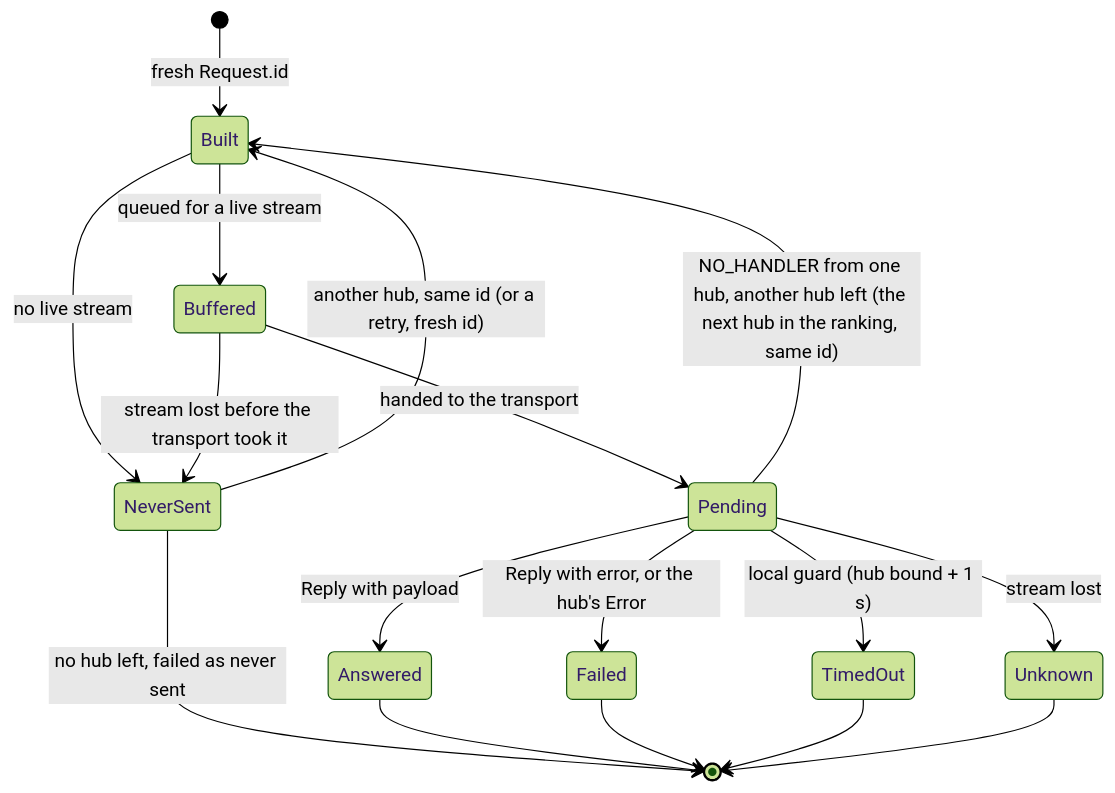
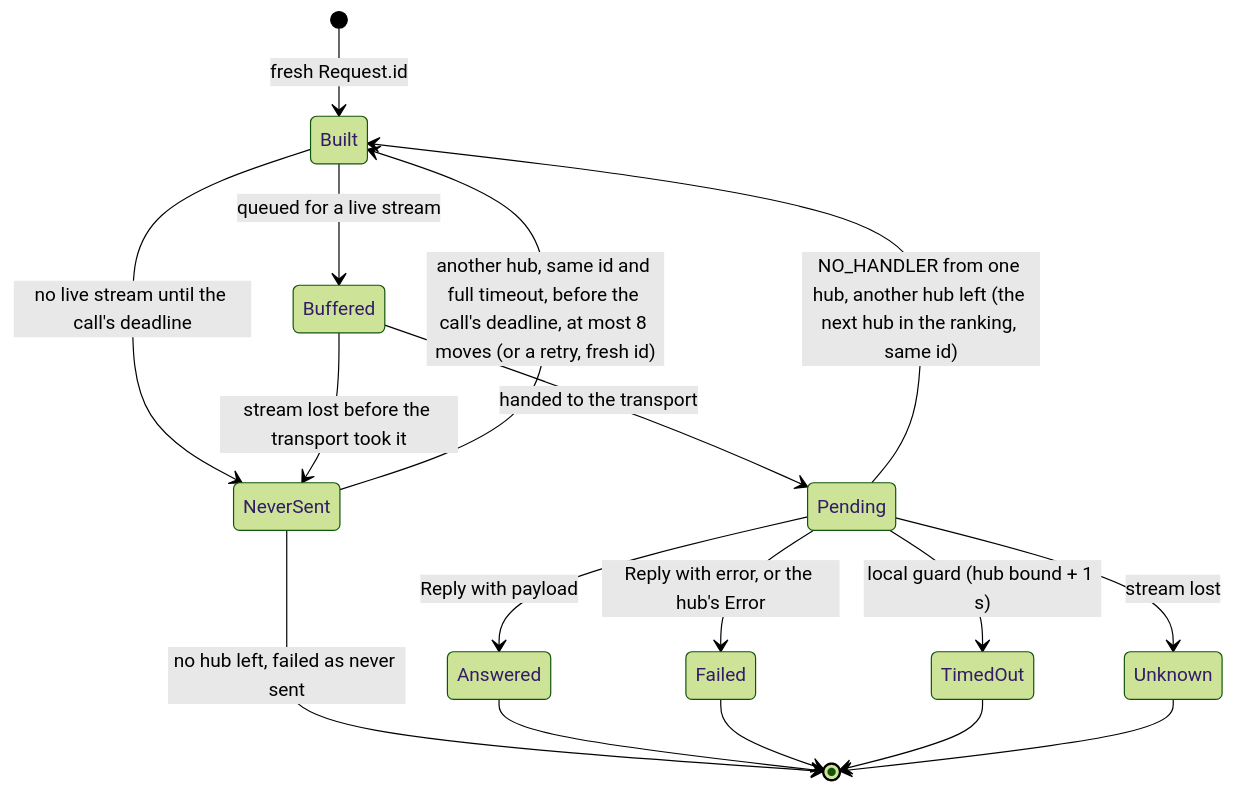
The second of 4 diagrams in docs/library-authors/writing-a-library.md (snodra/snodra-site), drawn with Mermaid (forest theme) before and after one commit. The commit also changed other lines of this file and 4 other files, not shown here.

````diff
--- a/docs/library-authors/writing-a-library.md
+++ b/docs/library-authors/writing-a-library.md
@@ -79,19 +81,19 @@
 ```mermaid
 stateDiagram-v2
     [*] --> Built: fresh Request.id
-    Built --> NeverSent: no live stream
+    Built --> NeverSent: no live stream until the call's deadline
     Built --> Buffered: queued for a live stream
     Buffered --> NeverSent: stream lost before the transport took it
     Buffered --> Pending: handed to the transport
     Pending --> Answered: Reply with payload
     Pending --> Failed: Reply with error, or the hub's Error
     Pending --> TimedOut: local guard (hub bound + 1 s)
     Pending --> Unknown: stream lost
     Pending --> Built: NO_HANDLER from one hub, another hub left (the next hub in the ranking, same id)
-    NeverSent --> Built: another hub, same id (or a retry, fresh id)
+    NeverSent --> Built: another hub, same id and full timeout, before the call's deadline, at most 8 moves (or a retry, fresh id)
     NeverSent --> [*]: no hub left, failed as never sent
     Answered --> [*]
     Failed --> [*]
     TimedOut --> [*]
     Unknown --> [*]
 ```
````
